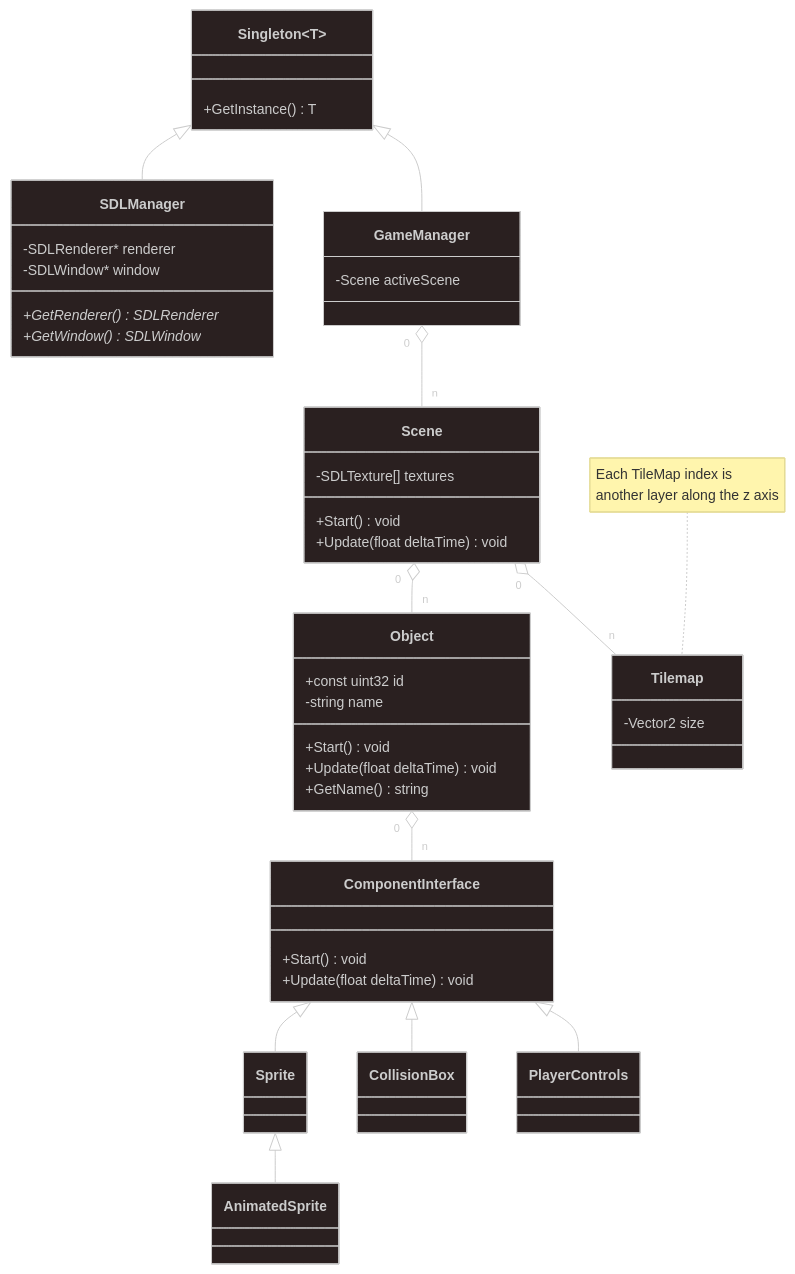
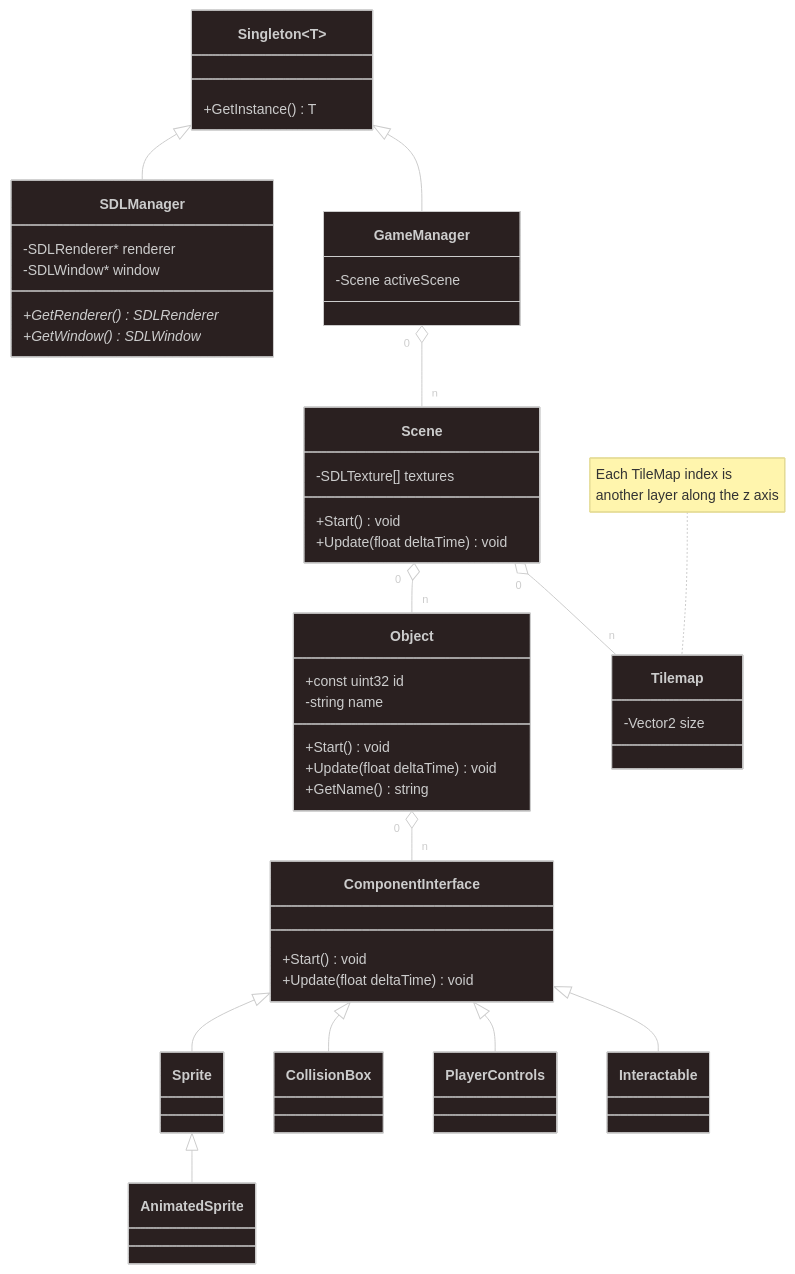
The diagram in diagrams/Jerod2DEngine.mmd (Askbackwards2/Jerod2DGameEngine), drawn with Mermaid before and after one commit.

Commit message:
Updated Diagram

```diff
--- a/diagrams/Jerod2DEngine.mmd
+++ b/diagrams/Jerod2DEngine.mmd
@@ -1,59 +1,64 @@
 ---
 config:
   theme: neo-dark
   layout: dagre
 ---
 classDiagram
 direction TB
     class ComponentInterface {
 	    +Start() void
 	    +Update(float deltaTime) void
     }
     class Singleton~T~ {
 	    +GetInstance() T
     }
     class GameManager {
 	    -Scene activeScene
     }
     class Scene {
 	    +Start() void
 	    +Update(float deltaTime) void
       -SDLTexture[] textures
     }
     class Object {
 	    +const uint32 id
 	    -string name
 	    +Start() void
 	    +Update(float deltaTime) void
 	    +GetName() string
     }
     class Sprite {
     }
     class AnimatedSprite {
     }
     class SDLManager {
 	    -SDLRenderer* renderer
 	    -SDLWindow* window
 	    +GetRenderer() SDLRenderer*
 	    +GetWindow() SDLWindow*
     }
     class CollisionBox {
     }
     class PlayerControls {
     }
+    class Interactable {
+
+    }
     class Tilemap {
       -Vector2 size
     }
 
 	note for Tilemap "Each TileMap index is <br/>another layer along the z axis"
 
     Singleton <|-- SDLManager
     Singleton <|-- GameManager
     ComponentInterface <|-- Sprite
     ComponentInterface <|-- CollisionBox
     ComponentInterface <|-- PlayerControls
+    ComponentInterface <|-- Interactable
+
     Sprite <|-- AnimatedSprite
     Object "0" o-- "n" ComponentInterface
     Scene "0" o-- "n" Object
     GameManager "0" o-- "n" Scene
     Scene "0" o-- "n" Tilemap
```
